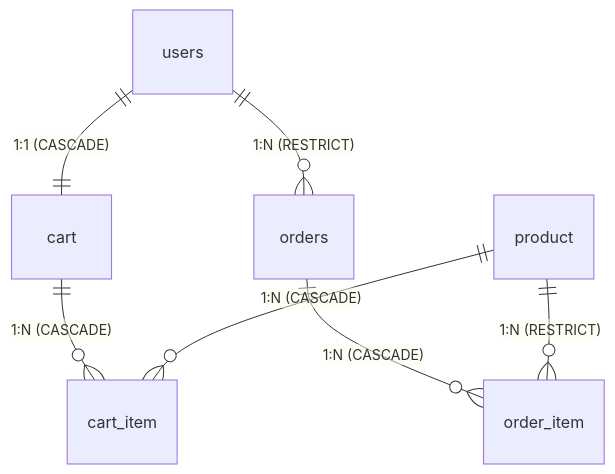
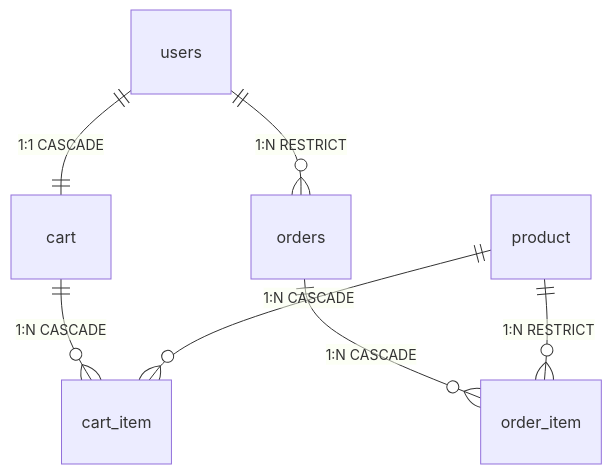
One commit to potatostore/MEAT-To-MEAT changed the second of 2 diagrams in README.md. Above: the diagram before and after it, drawn with Mermaid. The commit also changed other lines of this file, not shown here.

Commit message:
docs: README 사용설명서 중심으로 간결화 및 Mermaid 문법 오류 수정

````diff
--- a/README.md
+++ b/README.md
@@ -78,9 +145,9 @@
 ```mermaid
 erDiagram
-    users ||--|| cart : "1:1 (CASCADE)"
-    users ||--o{ orders : "1:N (RESTRICT)"
-    cart ||--o{ cart_item : "1:N (CASCADE)"
-    product ||--o{ cart_item : "1:N (CASCADE)"
-    orders ||--o{ order_item : "1:N (CASCADE)"
-    product ||--o{ order_item : "1:N (RESTRICT)"
+    users ||--|| cart : "1:1 CASCADE"
+    users ||--o{ orders : "1:N RESTRICT"
+    cart ||--o{ cart_item : "1:N CASCADE"
+    product ||--o{ cart_item : "1:N CASCADE"
+    orders ||--o{ order_item : "1:N CASCADE"
+    product ||--o{ order_item : "1:N RESTRICT"
 ```
````
